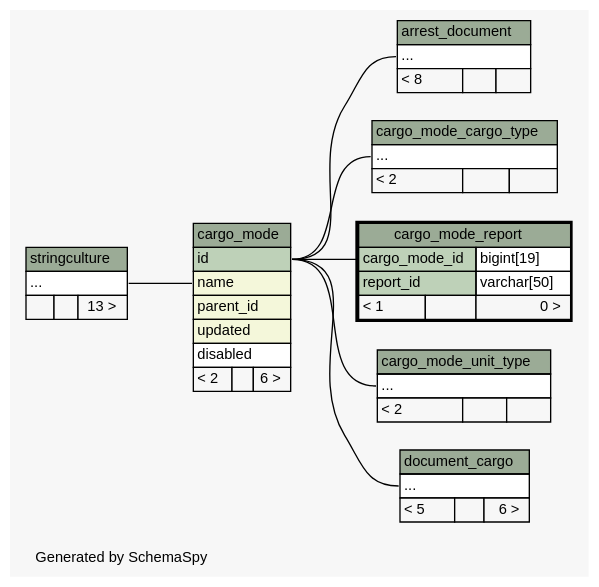
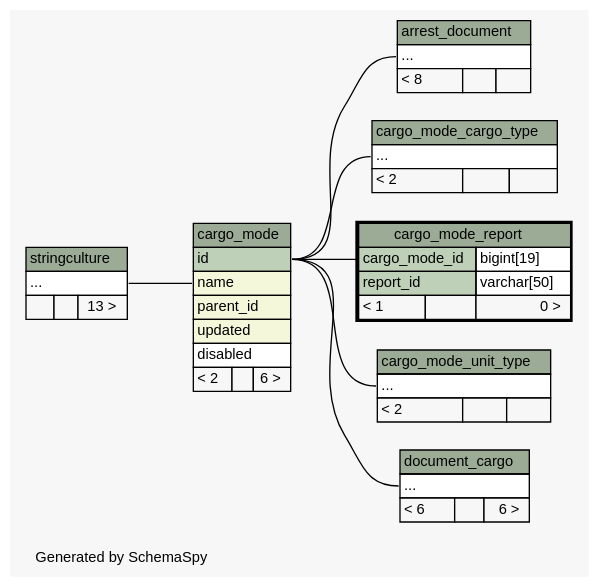
Before and after one commit to complitex/vetcontrol: the diagram in docs/db-schema/diagrams/cargo_mode_report.2degrees.dot, drawn with Graphviz. The commit also changed 141 other files, not shown here.

Commit message:
sql schema documentation was updated.

```diff
--- a/docs/db-schema/diagrams/cargo_mode_report.2degrees.dot
+++ b/docs/db-schema/diagrams/cargo_mode_report.2degrees.dot
@@ -1,103 +1,103 @@
 // dot 2.26.3 on Windows Vista 6.0
 // SchemaSpy rev 514
 digraph "twoDegreesRelationshipsDiagram" {
   graph [
     rankdir="RL"
     bgcolor="#f7f7f7"
     label="\nGenerated by SchemaSpy"
     labeljust="l"
     nodesep="0.18"
     ranksep="0.46"
     fontname="Helvetica"
     fontsize="11"
   ];
   node [
     fontname="Helvetica"
     fontsize="11"
     shape="plaintext"
   ];
   edge [
     arrowsize="0.8"
   ];
   "arrest_document":"elipses":w -> "cargo_mode":"id":e [arrowhead=none arrowtail=crowodot];
   "cargo_mode":"name":w -> "stringculture":"elipses":e [arrowhead=none arrowtail=crowodot];
   "cargo_mode_cargo_type":"elipses":w -> "cargo_mode":"id":e [arrowhead=none arrowtail=crowodot];
   "cargo_mode_report":"cargo_mode_id":w -> "cargo_mode":"id":e [arrowhead=none arrowtail=crowodot];
   "cargo_mode_unit_type":"elipses":w -> "cargo_mode":"id":e [arrowhead=none arrowtail=crowodot];
   "document_cargo":"elipses":w -> "cargo_mode":"id":e [arrowhead=none arrowtail=crowodot];
   "arrest_document" [
     label=<
     <TABLE BORDER="0" CELLBORDER="1" CELLSPACING="0" BGCOLOR="#ffffff">
       <TR><TD COLSPAN="3" BGCOLOR="#9bab96" ALIGN="CENTER">arrest_document</TD></TR>
       <TR><TD PORT="elipses" COLSPAN="3" ALIGN="LEFT">...</TD></TR>
       <TR><TD ALIGN="LEFT" BGCOLOR="#f7f7f7">&lt; 8</TD><TD ALIGN="RIGHT" BGCOLOR="#f7f7f7">  </TD><TD ALIGN="RIGHT" BGCOLOR="#f7f7f7">  </TD></TR>
     </TABLE>>
     URL="arrest_document.html"
     tooltip="arrest_document"
   ];
   "cargo_mode" [
     label=<
     <TABLE BORDER="0" CELLBORDER="1" CELLSPACING="0" BGCOLOR="#ffffff">
       <TR><TD COLSPAN="3" BGCOLOR="#9bab96" ALIGN="CENTER">cargo_mode</TD></TR>
       <TR><TD PORT="id" COLSPAN="3" BGCOLOR="#bed1b8" ALIGN="LEFT">id</TD></TR>
       <TR><TD PORT="name" COLSPAN="3" BGCOLOR="#f4f7da" ALIGN="LEFT">name</TD></TR>
       <TR><TD PORT="parent_id" COLSPAN="3" BGCOLOR="#f4f7da" ALIGN="LEFT">parent_id</TD></TR>
       <TR><TD PORT="updated" COLSPAN="3" BGCOLOR="#f4f7da" ALIGN="LEFT">updated</TD></TR>
       <TR><TD PORT="disabled" COLSPAN="3" ALIGN="LEFT">disabled</TD></TR>
       <TR><TD ALIGN="LEFT" BGCOLOR="#f7f7f7">&lt; 2</TD><TD ALIGN="RIGHT" BGCOLOR="#f7f7f7">  </TD><TD ALIGN="RIGHT" BGCOLOR="#f7f7f7">6 &gt;</TD></TR>
     </TABLE>>
     URL="cargo_mode.html"
     tooltip="cargo_mode"
   ];
   "cargo_mode_cargo_type" [
     label=<
     <TABLE BORDER="0" CELLBORDER="1" CELLSPACING="0" BGCOLOR="#ffffff">
       <TR><TD COLSPAN="3" BGCOLOR="#9bab96" ALIGN="CENTER">cargo_mode_cargo_type</TD></TR>
       <TR><TD PORT="elipses" COLSPAN="3" ALIGN="LEFT">...</TD></TR>
       <TR><TD ALIGN="LEFT" BGCOLOR="#f7f7f7">&lt; 2</TD><TD ALIGN="RIGHT" BGCOLOR="#f7f7f7">  </TD><TD ALIGN="RIGHT" BGCOLOR="#f7f7f7">  </TD></TR>
     </TABLE>>
     URL="cargo_mode_cargo_type.html"
     tooltip="cargo_mode_cargo_type"
   ];
   "cargo_mode_report" [
     label=<
     <TABLE BORDER="2" CELLBORDER="1" CELLSPACING="0" BGCOLOR="#ffffff">
       <TR><TD COLSPAN="3" BGCOLOR="#9bab96" ALIGN="CENTER">cargo_mode_report</TD></TR>
       <TR><TD PORT="cargo_mode_id" COLSPAN="2" BGCOLOR="#bed1b8" ALIGN="LEFT">cargo_mode_id</TD><TD PORT="cargo_mode_id.type" ALIGN="LEFT">bigint[19]</TD></TR>
       <TR><TD PORT="report_id" COLSPAN="2" BGCOLOR="#bed1b8" ALIGN="LEFT">report_id</TD><TD PORT="report_id.type" ALIGN="LEFT">varchar[50]</TD></TR>
       <TR><TD ALIGN="LEFT" BGCOLOR="#f7f7f7">&lt; 1</TD><TD ALIGN="RIGHT" BGCOLOR="#f7f7f7">  </TD><TD ALIGN="RIGHT" BGCOLOR="#f7f7f7">0 &gt;</TD></TR>
     </TABLE>>
     URL="cargo_mode_report.html"
     tooltip="cargo_mode_report"
   ];
   "cargo_mode_unit_type" [
     label=<
     <TABLE BORDER="0" CELLBORDER="1" CELLSPACING="0" BGCOLOR="#ffffff">
       <TR><TD COLSPAN="3" BGCOLOR="#9bab96" ALIGN="CENTER">cargo_mode_unit_type</TD></TR>
       <TR><TD PORT="elipses" COLSPAN="3" ALIGN="LEFT">...</TD></TR>
       <TR><TD ALIGN="LEFT" BGCOLOR="#f7f7f7">&lt; 2</TD><TD ALIGN="RIGHT" BGCOLOR="#f7f7f7">  </TD><TD ALIGN="RIGHT" BGCOLOR="#f7f7f7">  </TD></TR>
     </TABLE>>
     URL="cargo_mode_unit_type.html"
     tooltip="cargo_mode_unit_type"
   ];
   "document_cargo" [
     label=<
     <TABLE BORDER="0" CELLBORDER="1" CELLSPACING="0" BGCOLOR="#ffffff">
       <TR><TD COLSPAN="3" BGCOLOR="#9bab96" ALIGN="CENTER">document_cargo</TD></TR>
       <TR><TD PORT="elipses" COLSPAN="3" ALIGN="LEFT">...</TD></TR>
-      <TR><TD ALIGN="LEFT" BGCOLOR="#f7f7f7">&lt; 5</TD><TD ALIGN="RIGHT" BGCOLOR="#f7f7f7">  </TD><TD ALIGN="RIGHT" BGCOLOR="#f7f7f7">6 &gt;</TD></TR>
+      <TR><TD ALIGN="LEFT" BGCOLOR="#f7f7f7">&lt; 6</TD><TD ALIGN="RIGHT" BGCOLOR="#f7f7f7">  </TD><TD ALIGN="RIGHT" BGCOLOR="#f7f7f7">6 &gt;</TD></TR>
     </TABLE>>
     URL="document_cargo.html"
     tooltip="document_cargo"
   ];
   "stringculture" [
     label=<
     <TABLE BORDER="0" CELLBORDER="1" CELLSPACING="0" BGCOLOR="#ffffff">
       <TR><TD COLSPAN="3" BGCOLOR="#9bab96" ALIGN="CENTER">stringculture</TD></TR>
       <TR><TD PORT="elipses" COLSPAN="3" ALIGN="LEFT">...</TD></TR>
       <TR><TD ALIGN="LEFT" BGCOLOR="#f7f7f7">  </TD><TD ALIGN="RIGHT" BGCOLOR="#f7f7f7">  </TD><TD ALIGN="RIGHT" BGCOLOR="#f7f7f7">13 &gt;</TD></TR>
     </TABLE>>
     URL="stringculture.html"
     tooltip="stringculture"
   ];
 }
```
